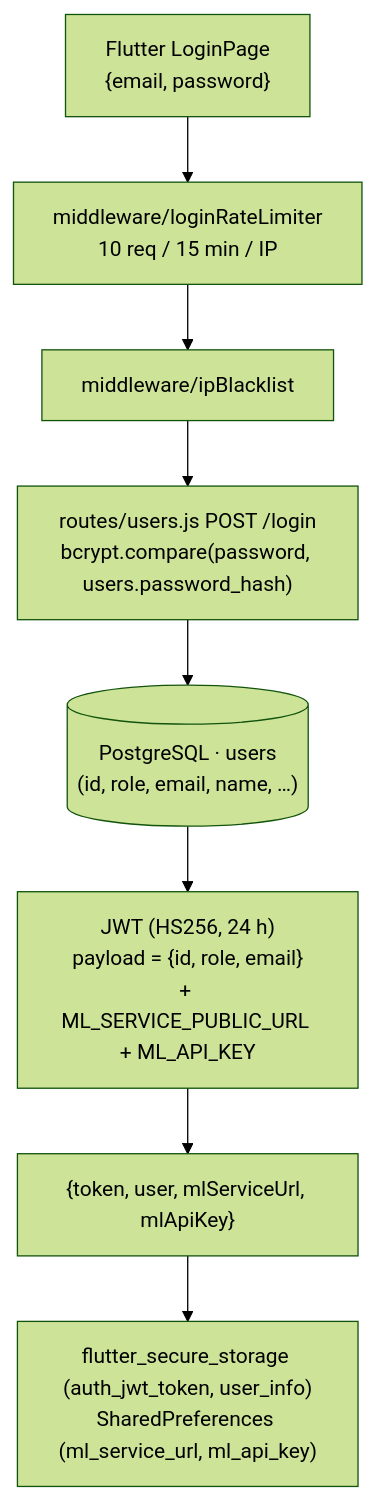
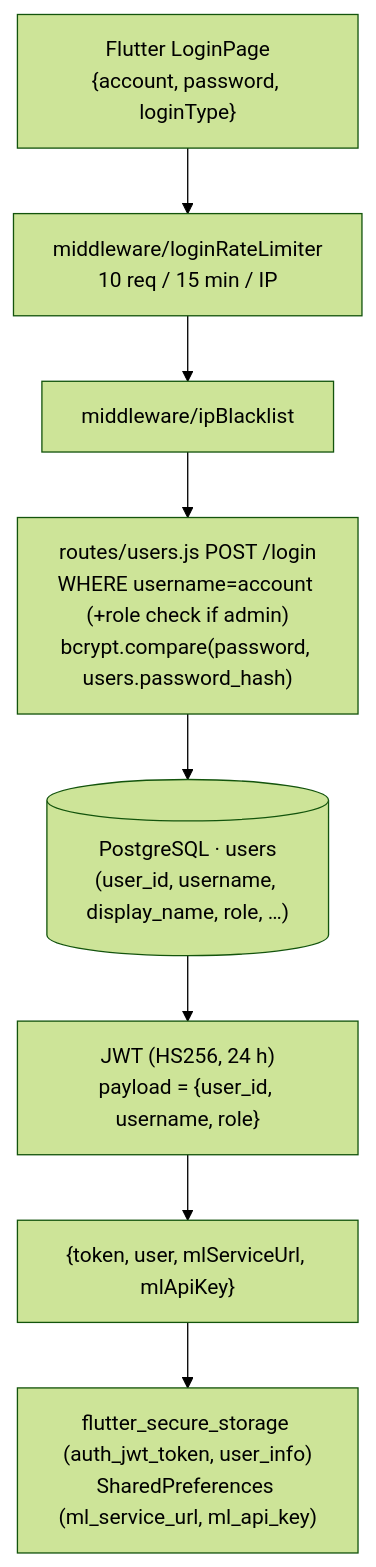
One commit to icmnlab/tree-project-backend changed the second of 9 diagrams in README.md. Above: the diagram before and after it, drawn with Mermaid (forest theme).

Commit message:
docs(readme): fix login flow diagram to match code (account/loginType, not email)
LoginPage sends {account, password, loginType} and queries WHERE username=account; JWT payload is {user_id, username, role}. The Authentication mermaid wrongly showed email; aligned it with the Auth model section and routes/users.js.

````diff
--- a/README.md
+++ b/README.md
@@ -67,12 +67,12 @@
 ```mermaid
 flowchart TB
-  fp["Flutter LoginPage<br/>{email, password}"]
+  fp["Flutter LoginPage<br/>{account, password, loginType}"]
   rl["middleware/loginRateLimiter<br/>10 req / 15 min / IP"]
   bl["middleware/ipBlacklist"]
-  rt["routes/users.js POST /login<br/>bcrypt.compare(password, users.password_hash)"]
-  db[("PostgreSQL · users<br/>(id, role, email, name, …)")]
-  jwt["JWT (HS256, 24 h)<br/>payload = {id, role, email}<br/>+ ML_SERVICE_PUBLIC_URL + ML_API_KEY"]
+  rt["routes/users.js POST /login<br/>WHERE username=account (+role check if admin)<br/>bcrypt.compare(password, users.password_hash)"]
+  db[("PostgreSQL · users<br/>(user_id, username, display_name, role, …)")]
+  jwt["JWT (HS256, 24 h)<br/>payload = {user_id, username, role}"]
   resp["{token, user, mlServiceUrl, mlApiKey}"]
   st["flutter_secure_storage (auth_jwt_token, user_info)<br/>SharedPreferences (ml_service_url, ml_api_key)"]
   fp --> rl --> bl --> rt --> db --> jwt --> resp --> st
 ```
````
